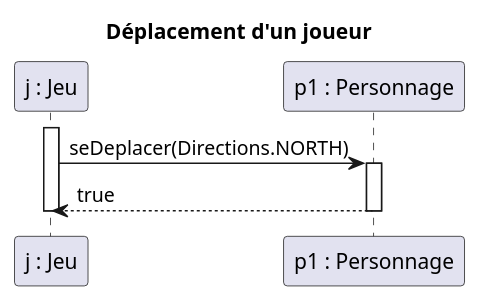
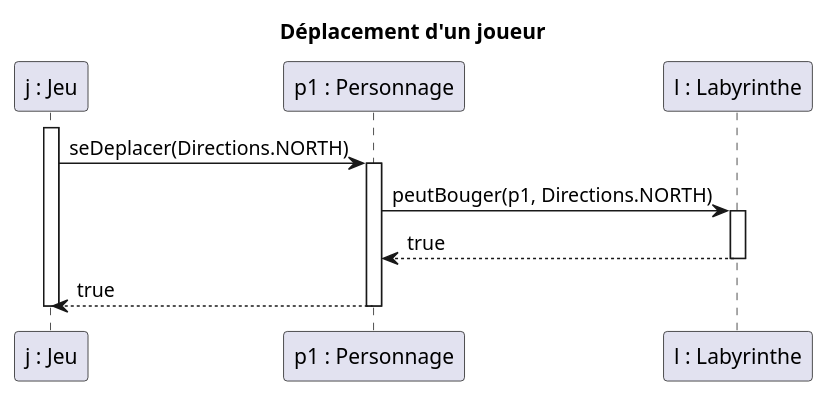
Before and after one commit to arnoux23u-IUTNC/2021_COO_Zeldiablo: the diagram in documents/version_1/diagrammes/sequence/bougerJoueur.puml, drawn with PlantUML. The commit also changed 3 other files, not shown here.

Commit message:
Changements et ajouts fonctionnalitees_v1.txt Modify diagrams

```diff
--- a/documents/version_1/diagrammes/sequence/bougerJoueur.puml
+++ b/documents/version_1/diagrammes/sequence/bougerJoueur.puml
@@ -1,15 +1,20 @@
 @startuml
 
 title "Déplacement d'un joueur"
 
 participant "j : Jeu" as j
 participant "p1 : Personnage" as p1
+participant "l : Labyrinthe" as l
 
 activate j
 j -> p1 : seDeplacer(Directions.NORTH)
 activate p1
+p1 -> l : peutBouger(p1, Directions.NORTH)
+activate l
+l --> p1 : true
+deactivate l
 p1 --> j : true
 deactivate p1
 deactivate j
 
 @enduml
```
